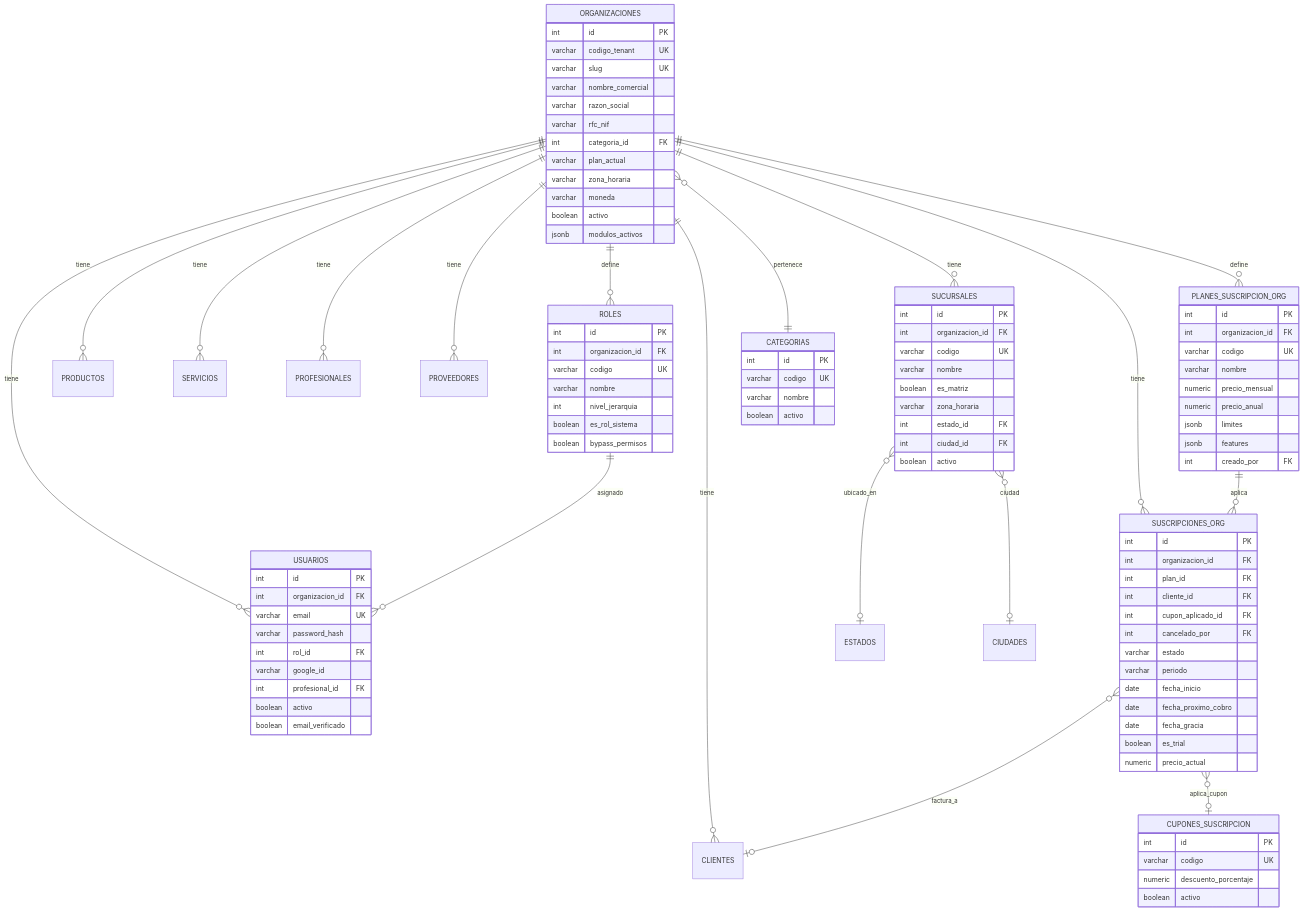
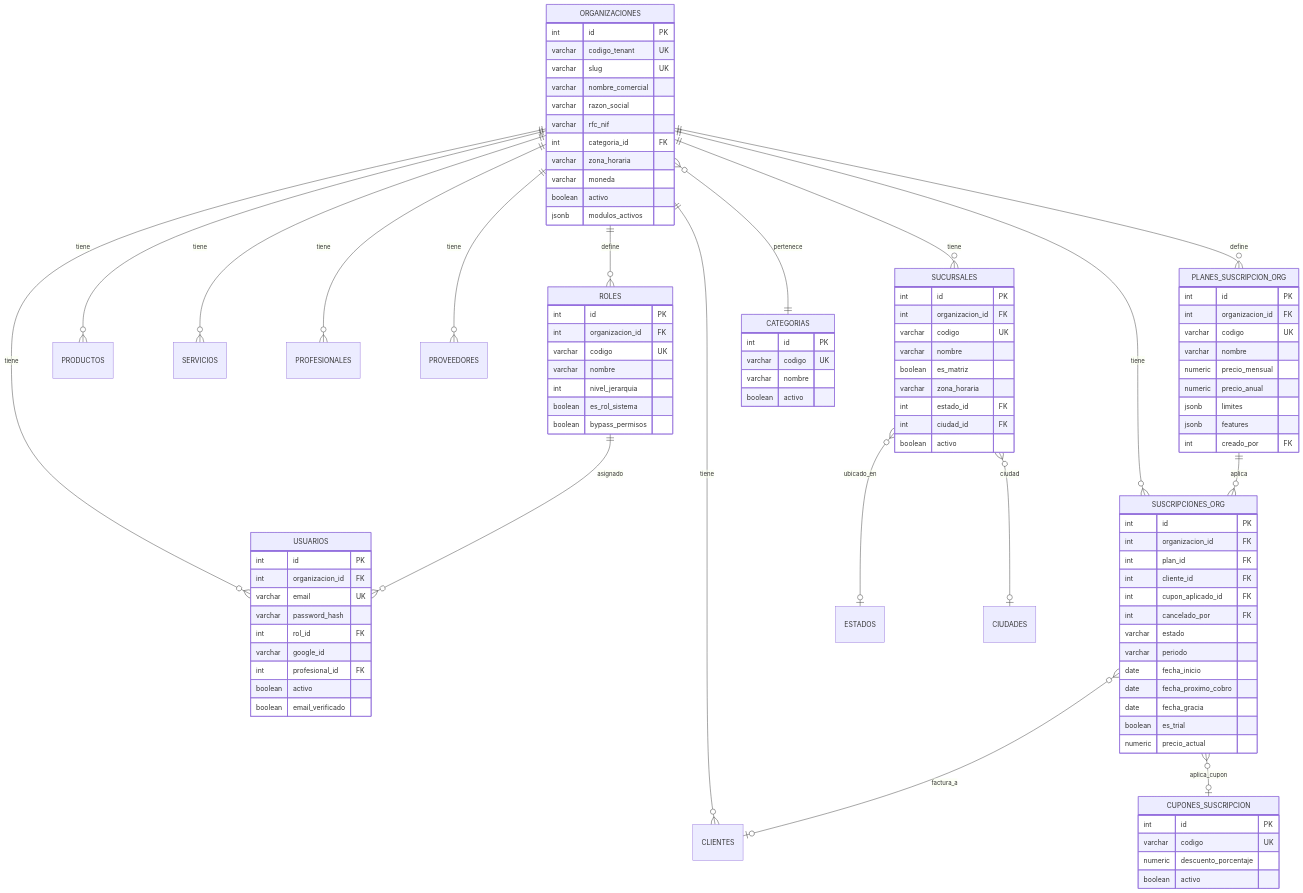
Before and after one commit to KikeTorillo/n8nAutomatizaciones: the first of 6 diagrams in docs/DATABASE_README.md, drawn with Mermaid. The commit also changed 48 other files, not shown here.

First line of the commit message:
refactor(suscripciones): eliminar campo legacy plan_actual de organizaciones

```diff
--- a/docs/DATABASE_README.md
+++ b/docs/DATABASE_README.md
@@ -239,7 +239,6 @@
         varchar razon_social
         varchar rfc_nif
         int categoria_id FK
-        varchar plan_actual
         varchar zona_horaria
         varchar moneda
         boolean activo
```
